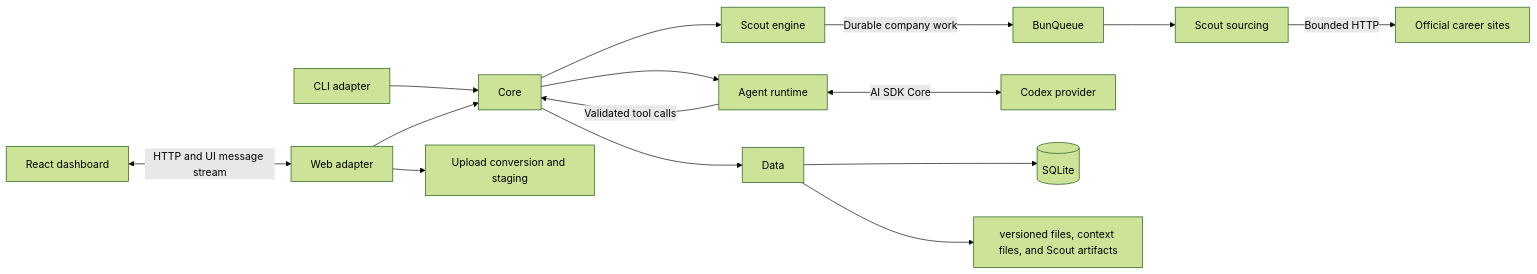
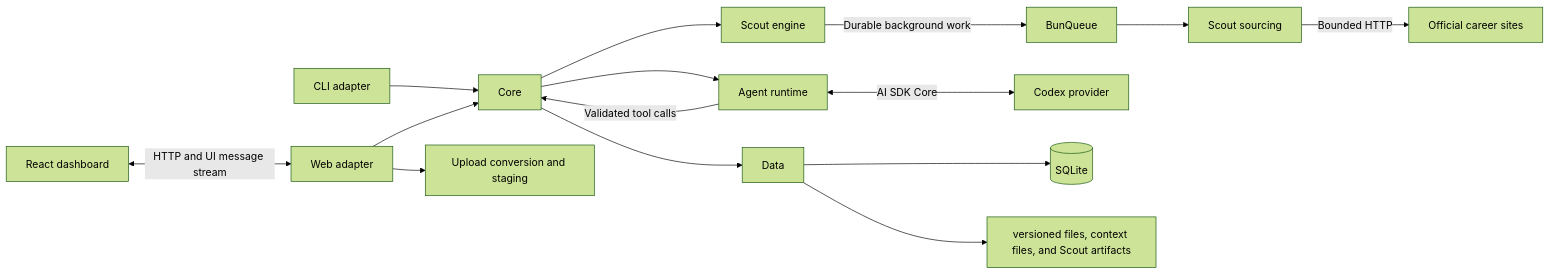
The diagram in docs/architecture/overview.md (paulmccallick/gig-finder), drawn with Mermaid (forest theme) before and after one commit. The commit also changed other lines of this file and 2 other files, not shown here.

Commit message:
Document Scout position processing boundary

````diff
--- a/docs/architecture/overview.md
+++ b/docs/architecture/overview.md
@@ -6,17 +6,17 @@
 ```mermaid
 flowchart LR
   Browser[React dashboard] <-->|HTTP and UI message stream| Web[Web adapter]
   CLI[CLI adapter] --> Core
   Web --> Core
   Web --> Uploads[Upload conversion and staging]
   Core --> Agent[Agent runtime]
   Core --> Data
   Core --> ScoutEngine[Scout engine]
-  ScoutEngine -->|Durable company work| Queue[BunQueue]
+  ScoutEngine -->|Durable background work| Queue[BunQueue]
   Queue --> ScoutSourcing[Scout sourcing]
   ScoutSourcing --> |Bounded HTTP| CareerSites[Official career sites]
   Agent <-->|AI SDK Core| Model[Codex provider]
   Agent -->|Validated tool calls| Core
   Data --> SQLite[(SQLite)]
   Data --> Files[versioned files, context files, and Scout artifacts]
 ```
````
